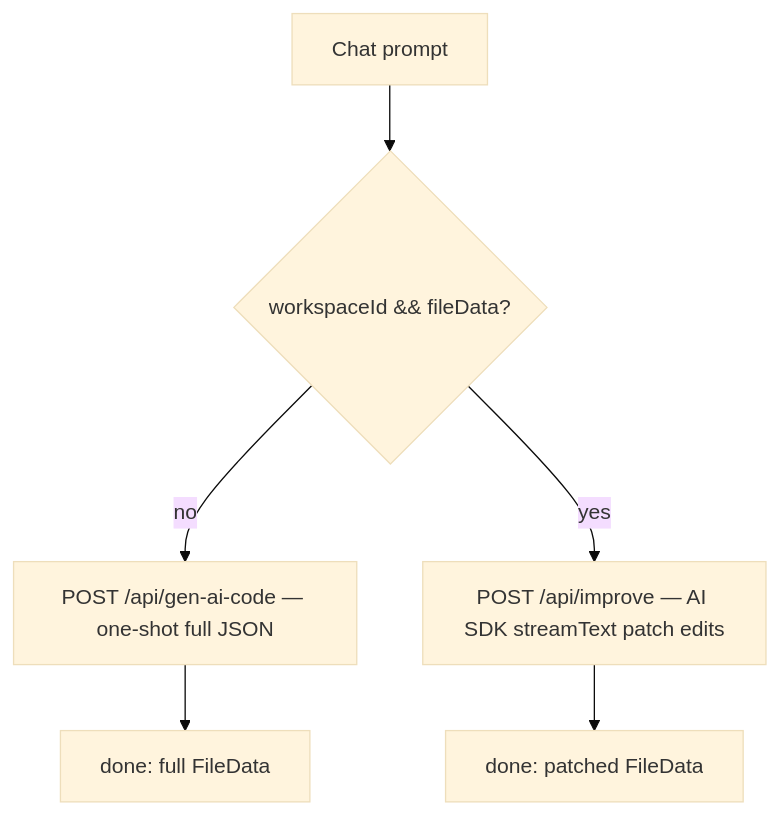
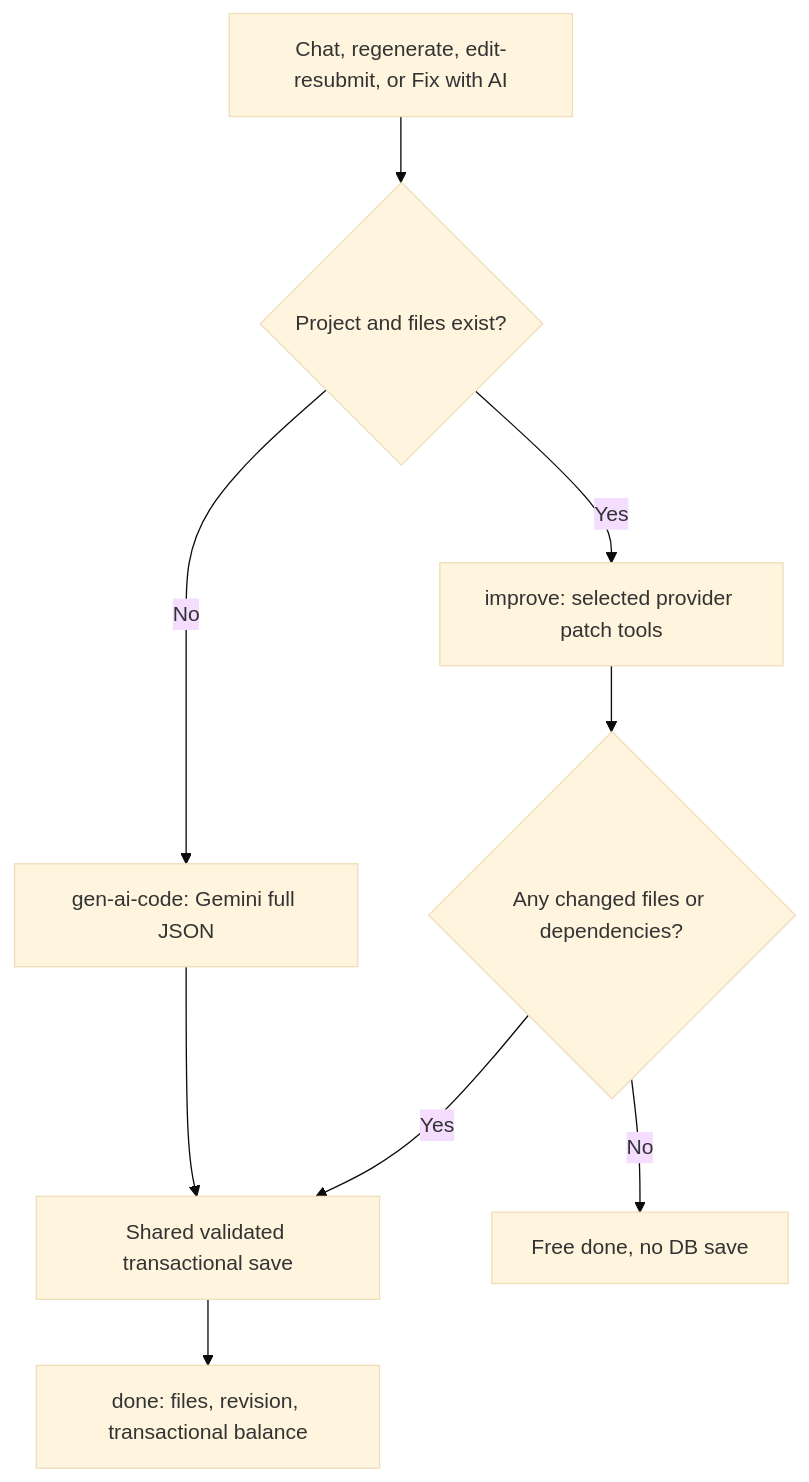
The diagram in docs/08-ai-agent-deep-dive.md (prakash8264/Drevo), drawn with Mermaid (base theme) before and after one commit. The commit also changed other lines of this file and 23 other files, not shown here.

````diff
--- a/docs/08-ai-agent-deep-dive.md
+++ b/docs/08-ai-agent-deep-dive.md
@@ -9,8 +9,11 @@
 ```mermaid
 flowchart TD
-  P[Chat prompt] --> R{workspaceId && fileData?}
-  R-- no --> G[POST /api/gen-ai-code — one-shot full JSON]
-  R-- yes --> I[POST /api/improve — AI SDK streamText patch edits]
-  G --> D1[done: full FileData]
-  I --> D2[done: patched FileData]
+  Prompt[Chat, regenerate, edit-resubmit, or Fix with AI] --> Existing{Project and files exist?}
+  Existing -- No --> Generate[gen-ai-code: Gemini full JSON]
+  Existing -- Yes --> Improve[improve: selected provider patch tools]
+  Generate --> Save[Shared validated transactional save]
+  Improve --> Noop{Any changed files or dependencies?}
+  Noop -- No --> Free[Free done, no DB save]
+  Noop -- Yes --> Save
+  Save --> Done[done: files, revision, transactional balance]
 ```
````
